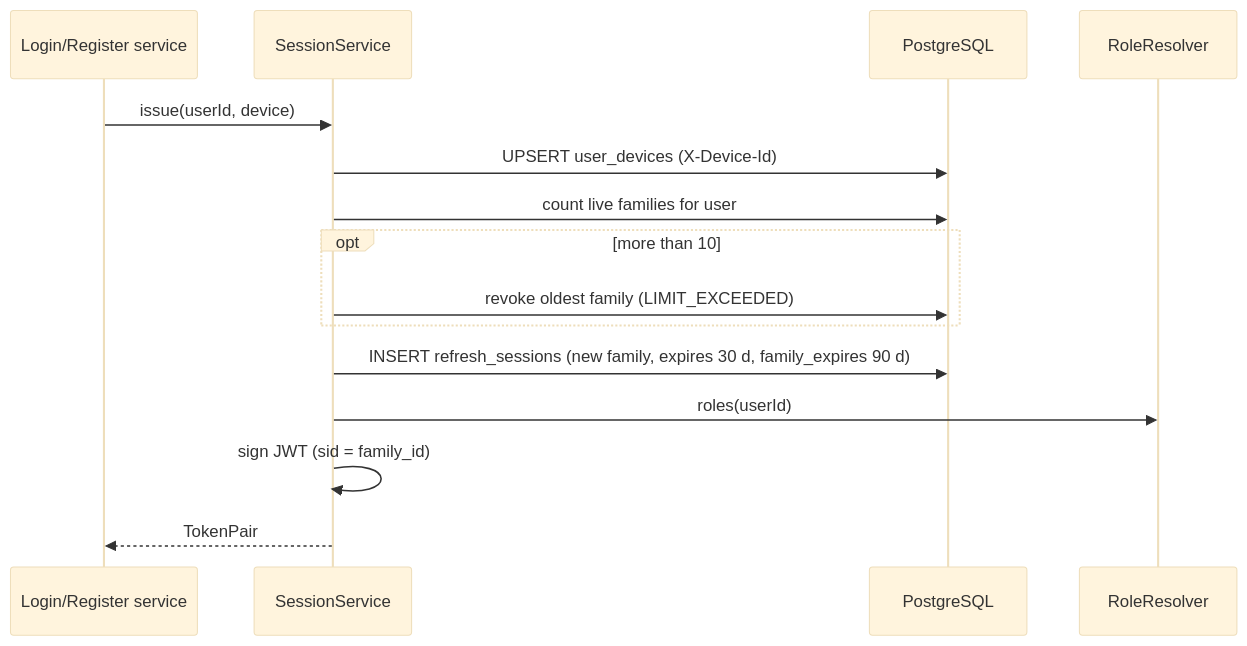
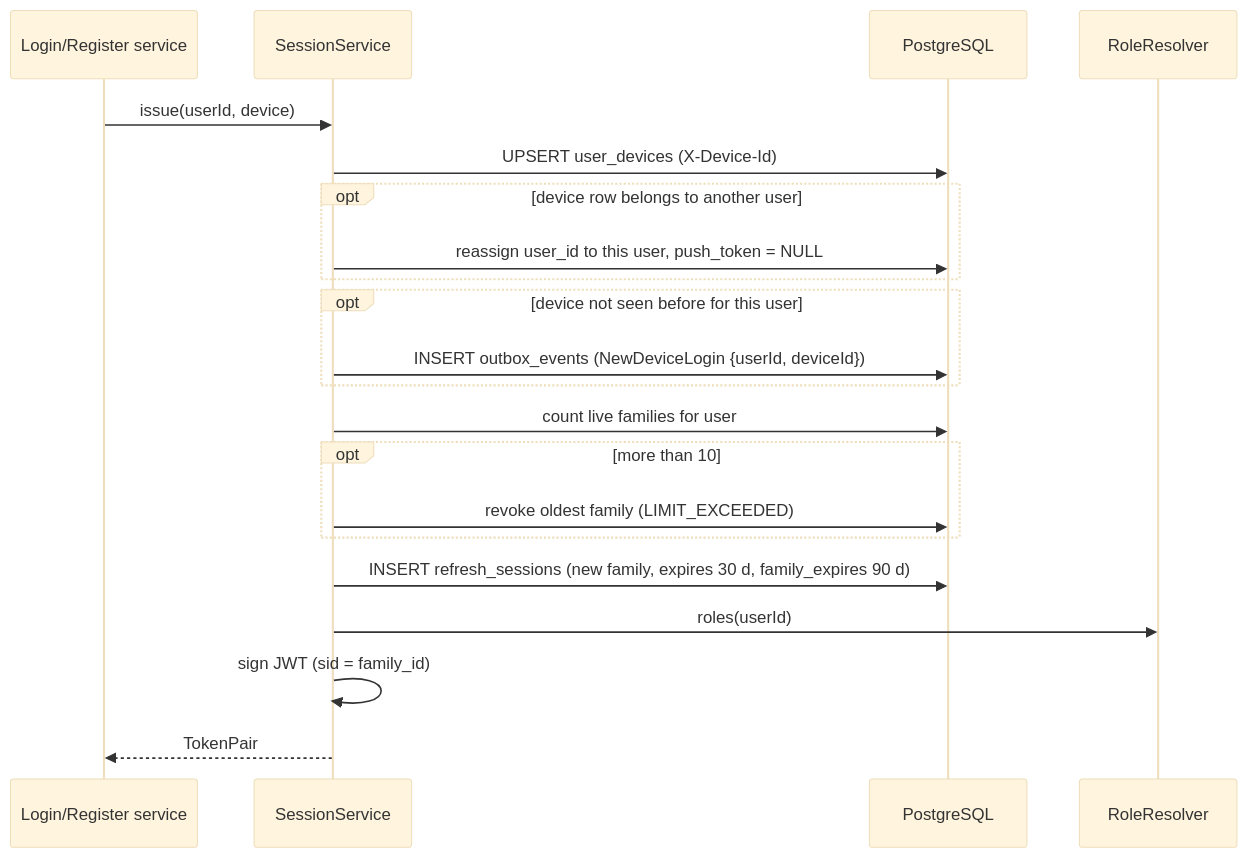
Before and after one commit to kumarprince06/karigar-marketplace: the first of 3 diagrams in docs/lld/lld-002-identity-sessions-token-rotation.md, drawn with Mermaid (base theme). The commit also changed other lines of this file and 32 other files, not shown here.

````diff
--- a/docs/lld/lld-002-identity-sessions-token-rotation.md
+++ b/docs/lld/lld-002-identity-sessions-token-rotation.md
@@ -247,17 +251,23 @@
 ```mermaid
 sequenceDiagram
     participant LS as Login/Register service
     participant SS as SessionService
     participant DB as PostgreSQL
     participant RR as RoleResolver
     LS->>SS: issue(userId, device)
     SS->>DB: UPSERT user_devices (X-Device-Id)
+    opt device row belongs to another user
+        SS->>DB: reassign user_id to this user, push_token = NULL
+    end
+    opt device not seen before for this user
+        SS->>DB: INSERT outbox_events (NewDeviceLogin {userId, deviceId})
+    end
     SS->>DB: count live families for user
     opt more than 10
         SS->>DB: revoke oldest family (LIMIT_EXCEEDED)
     end
     SS->>DB: INSERT refresh_sessions (new family, expires 30 d, family_expires 90 d)
     SS->>RR: roles(userId)
     SS->>SS: sign JWT (sid = family_id)
     SS-->>LS: TokenPair
 ```
````
